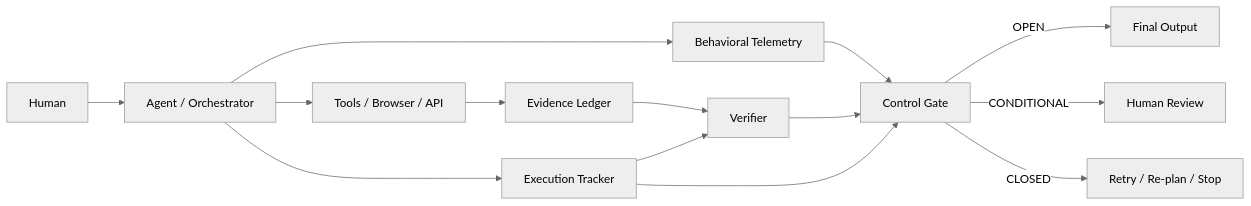
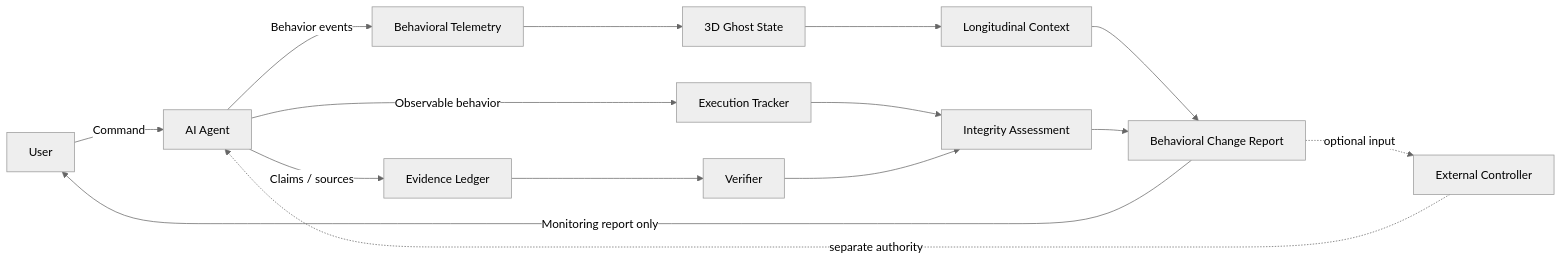
Before and after one commit to DongKyuRHEE/The-Ghost-Tracker: the diagram in README.md, drawn with Mermaid (neutral theme). The commit also changed other lines of this file, not shown here.

Commit message:
Refine v2 as non-interfering behavioral monitoring architecture

````diff
--- a/README.md
+++ b/README.md
@@ -161,16 +422,20 @@
 ```mermaid
 flowchart LR
-  H[Human] --> A[Agent / Orchestrator]
-  A --> T[Tools / Browser / API]
-  T --> E[Evidence Ledger]
-  A --> X[Execution Tracker]
-  A --> B[Behavioral Telemetry]
+  U[User] -->|Command| A[AI Agent]
+  A -->|Observable behavior| X[Execution Tracker]
+  A -->|Claims / sources| E[Evidence Ledger]
+  A -->|Behavior events| T[Behavioral Telemetry]
+
+  X --> I[Integrity Assessment]
   E --> V[Verifier]
-  X --> V
-  B --> G[Control Gate]
-  V --> G
-  X --> G
-  G -->|OPEN| O[Final Output]
-  G -->|CONDITIONAL| R[Human Review]
-  G -->|CLOSED| S[Retry / Re-plan / Stop]
+  V --> I
+  T --> S[3D Ghost State]
+  S --> C[Longitudinal Context]
+  C --> R[Behavioral Change Report]
+  I --> R
+
+  R -->|Monitoring report only| U
+
+  R -. optional input .-> EC[External Controller]
+  EC -. separate authority .-> A
 ```
````
